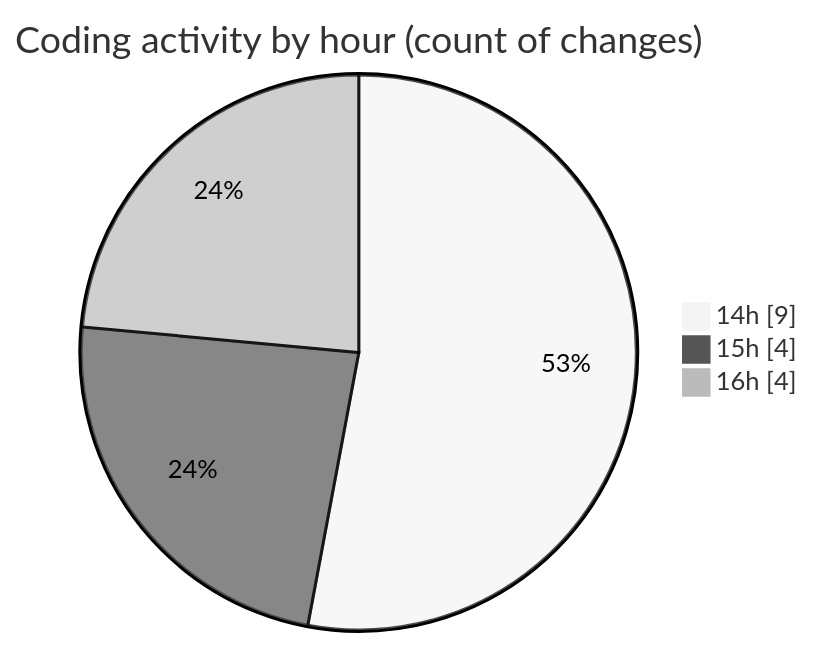
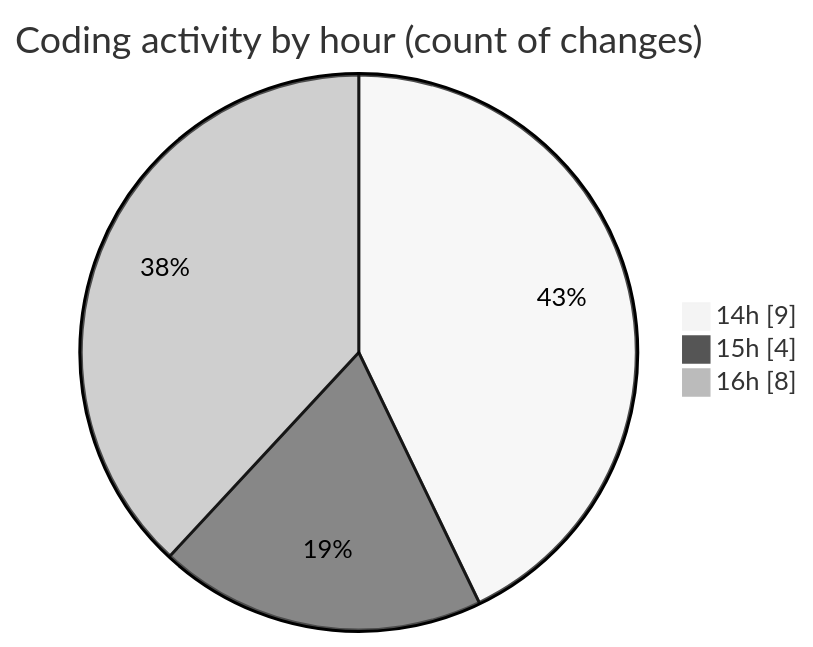
One commit to JenPaints/code-tracking changed the second of 2 diagrams in 2025-05-28/kimberly-groups/README.md. Above: the diagram before and after it, drawn with Mermaid (neutral theme). The commit also changed other lines of this file and 1 other file, not shown here.

````diff
--- a/2025-05-28/kimberly-groups/README.md
+++ b/2025-05-28/kimberly-groups/README.md
@@ -33,7 +35,7 @@
 ```mermaid
 pie showData
 title Coding activity by hour (count of changes)
 "14h" : 9
 "15h" : 4
-"16h" : 4
+"16h" : 8
 ```
````
